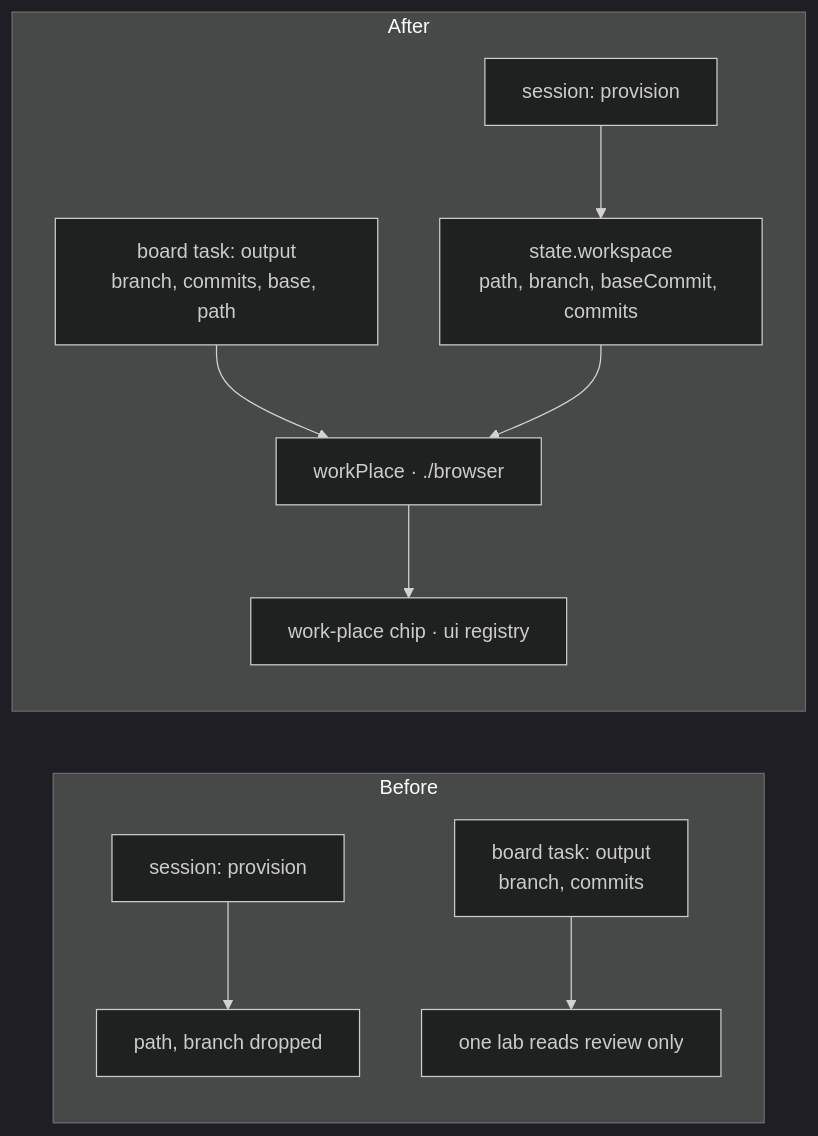
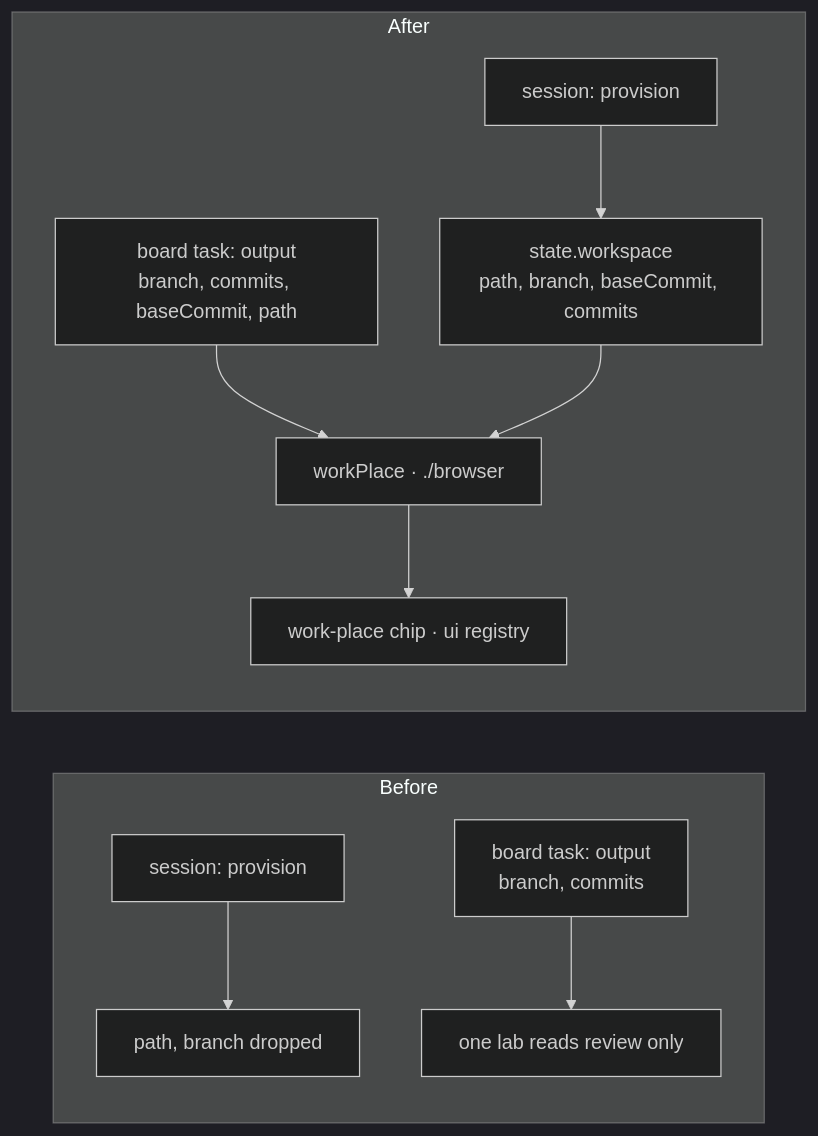
One commit to fixpoint-labs/flow-state-dev changed the second of 2 diagrams in specs/issues/FIX-2386/SPEC.md. Above: the diagram before and after it, drawn with Mermaid (dark theme). The commit also changed other lines of this file and 1 other file, not shown here.

First line of the commit message:
spec(FIX-2386): fold review round 1 (branch beside the count, one name baseCommit, place fields owned here)

````diff
--- a/specs/issues/FIX-2386/SPEC.md
+++ b/specs/issues/FIX-2386/SPEC.md
@@ -62,13 +62,13 @@
 ```mermaid
 flowchart LR
   subgraph before["Before"]
     P1["session: provision"] --> D1x["path, branch dropped"]
     M1["board task: output<br/>branch, commits"] --> L1["one lab reads review only"]
   end
   subgraph after["After"]
     P2["session: provision"] --> S2["state.workspace<br/>path, branch, baseCommit, commits"]
-    M2["board task: output<br/>branch, commits, base, path"] --> W2["workPlace · ./browser"]
+    M2["board task: output<br/>branch, commits, baseCommit, path"] --> W2["workPlace · ./browser"]
     S2 --> W2
     W2 --> C2["work-place chip · ui registry"]
   end
 ```
````
